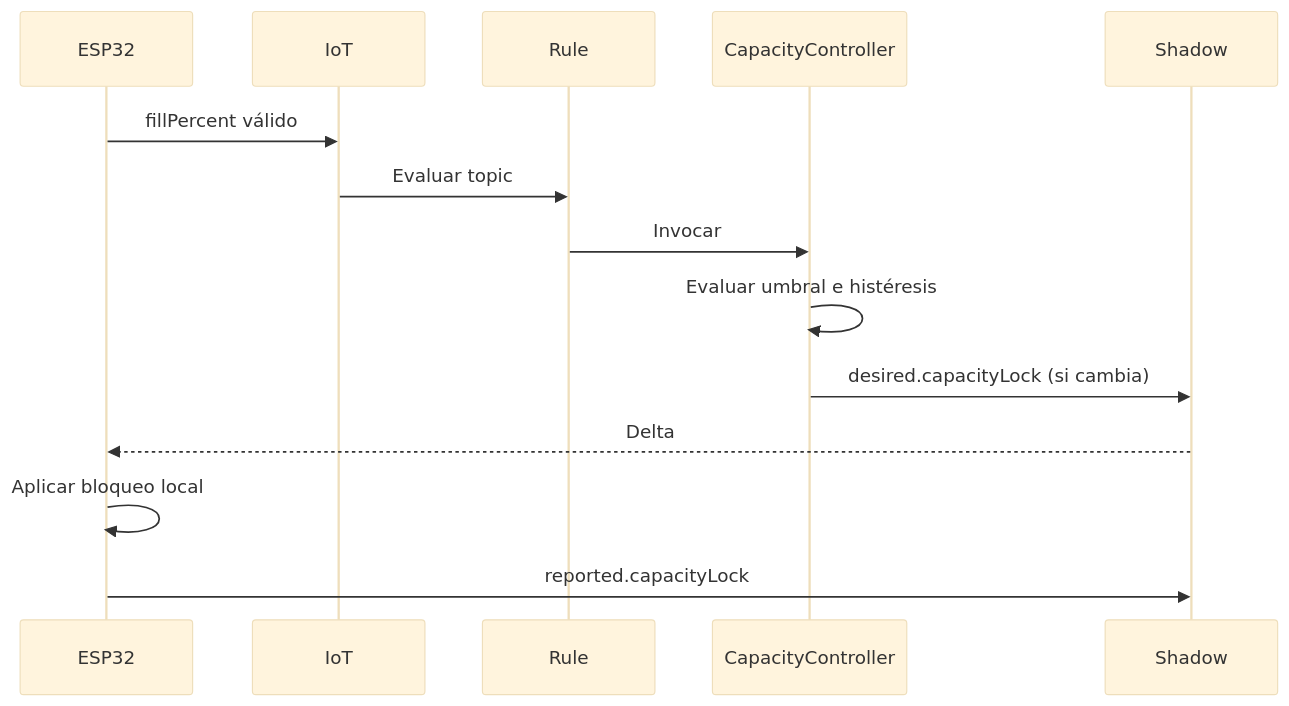
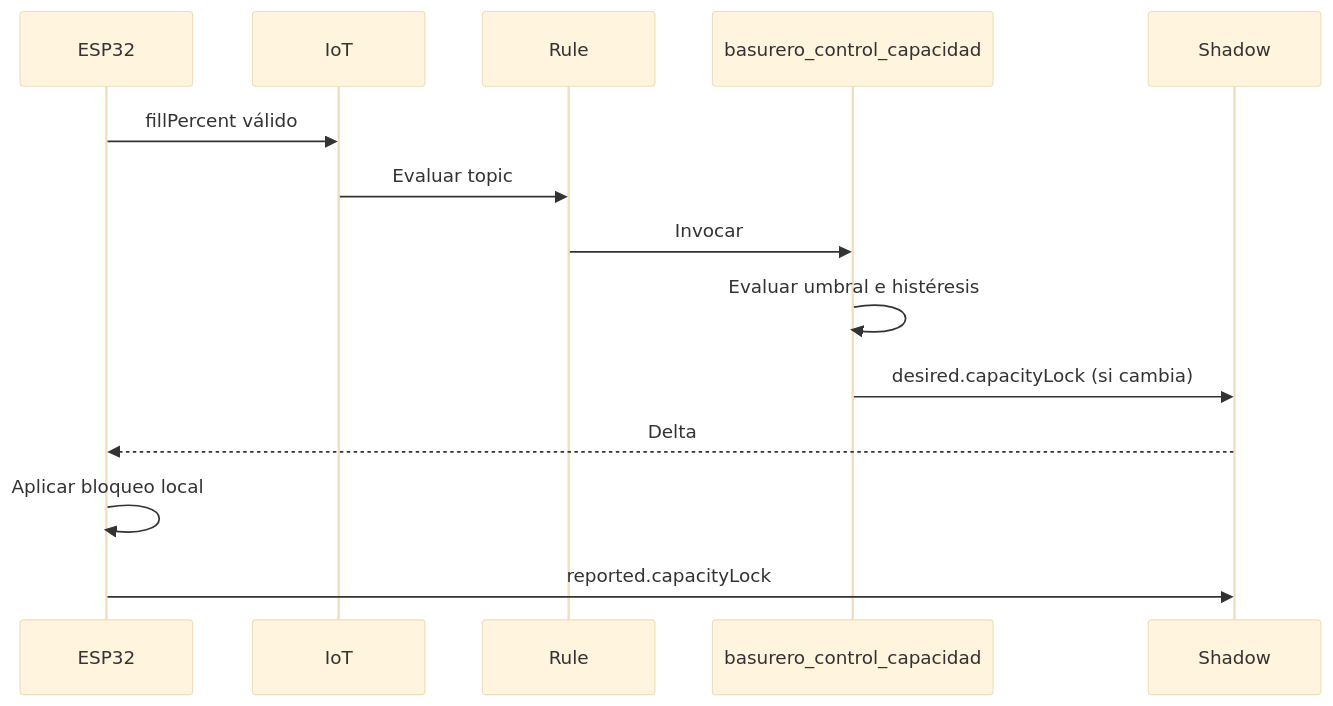
The tenth of 10 diagrams in Informe.md (Lucas-RodriguezAncieta/Practica4_IoT_BasureroInteligente), drawn with Mermaid (base theme) before and after one commit. The commit also changed other lines of this file, not shown here.

````diff
--- a/Informe.md
+++ b/Informe.md
@@ -384,16 +410,16 @@
 ```mermaid
 sequenceDiagram
     participant ESP32
     participant IoT
     participant Rule
-    participant Lambda as CapacityController
+    participant Lambda as basurero_control_capacidad
     participant Shadow
     ESP32->>IoT: fillPercent válido
     IoT->>Rule: Evaluar topic
     Rule->>Lambda: Invocar
     Lambda->>Lambda: Evaluar umbral e histéresis
     Lambda->>Shadow: desired.capacityLock (si cambia)
     Shadow-->>ESP32: Delta
     ESP32->>ESP32: Aplicar bloqueo local
     ESP32->>Shadow: reported.capacityLock
 ```
````
